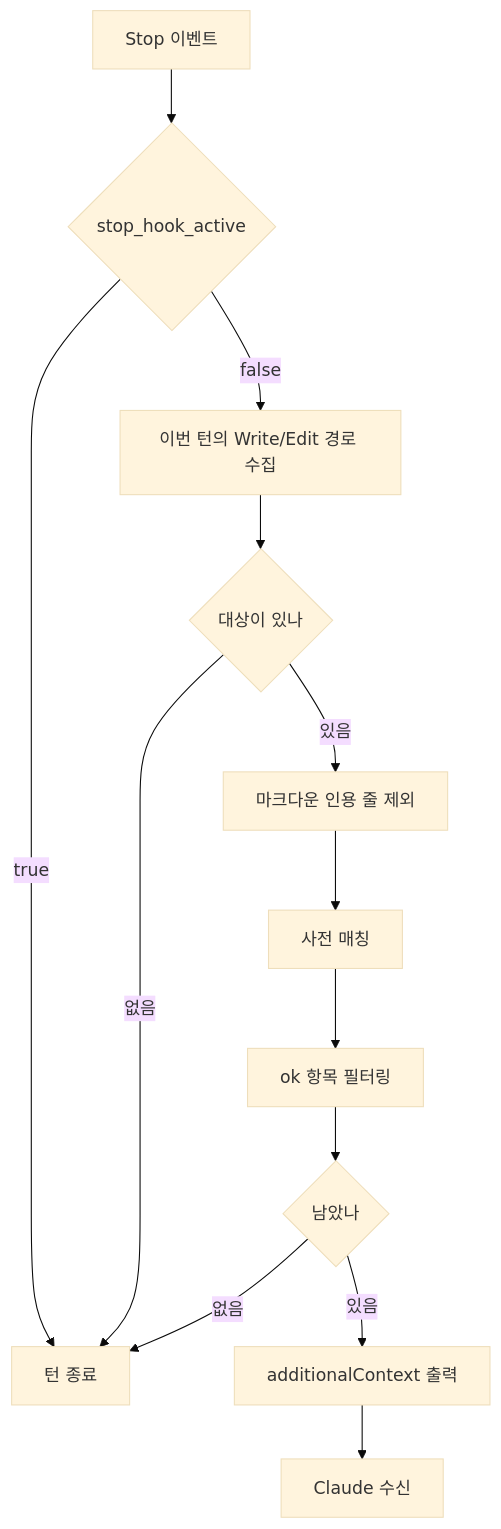
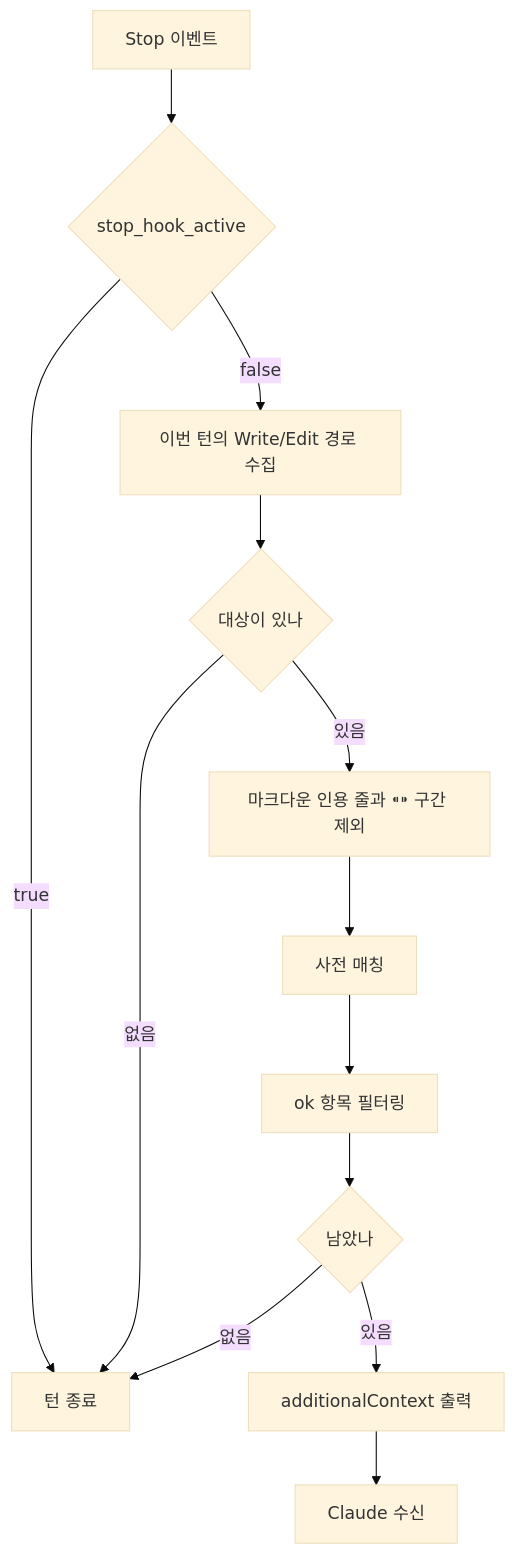
One commit to nil-park/claude-workflow-kit changed the diagram in docs/architecture/anti-claudeism.md. Above: the diagram before and after it, drawn with Mermaid (base theme). The commit also changed other lines of this file and 1 other file, not shown here.

````diff
--- a/docs/architecture/anti-claudeism.md
+++ b/docs/architecture/anti-claudeism.md
@@ -14,15 +14,15 @@
 ```mermaid
 flowchart TD
   stop["Stop 이벤트"] --> active{"stop_hook_active"}
   active -->|true| pass["턴 종료"]
   active -->|false| collect["이번 턴의 Write/Edit 경로 수집"]
   collect --> empty{"대상이 있나"}
   empty -->|없음| pass
-  empty -->|있음| mask["마크다운 인용 줄 제외"]
+  empty -->|있음| mask["마크다운 인용 줄과 ⁌⁍ 구간 제외"]
   mask --> scan["사전 매칭"]
   scan --> filter["ok 항목 필터링"]
   filter --> match{"남았나"}
   match -->|없음| pass
   match -->|있음| report["additionalContext 출력"]
   report --> again["Claude 수신"]
 ```
````
